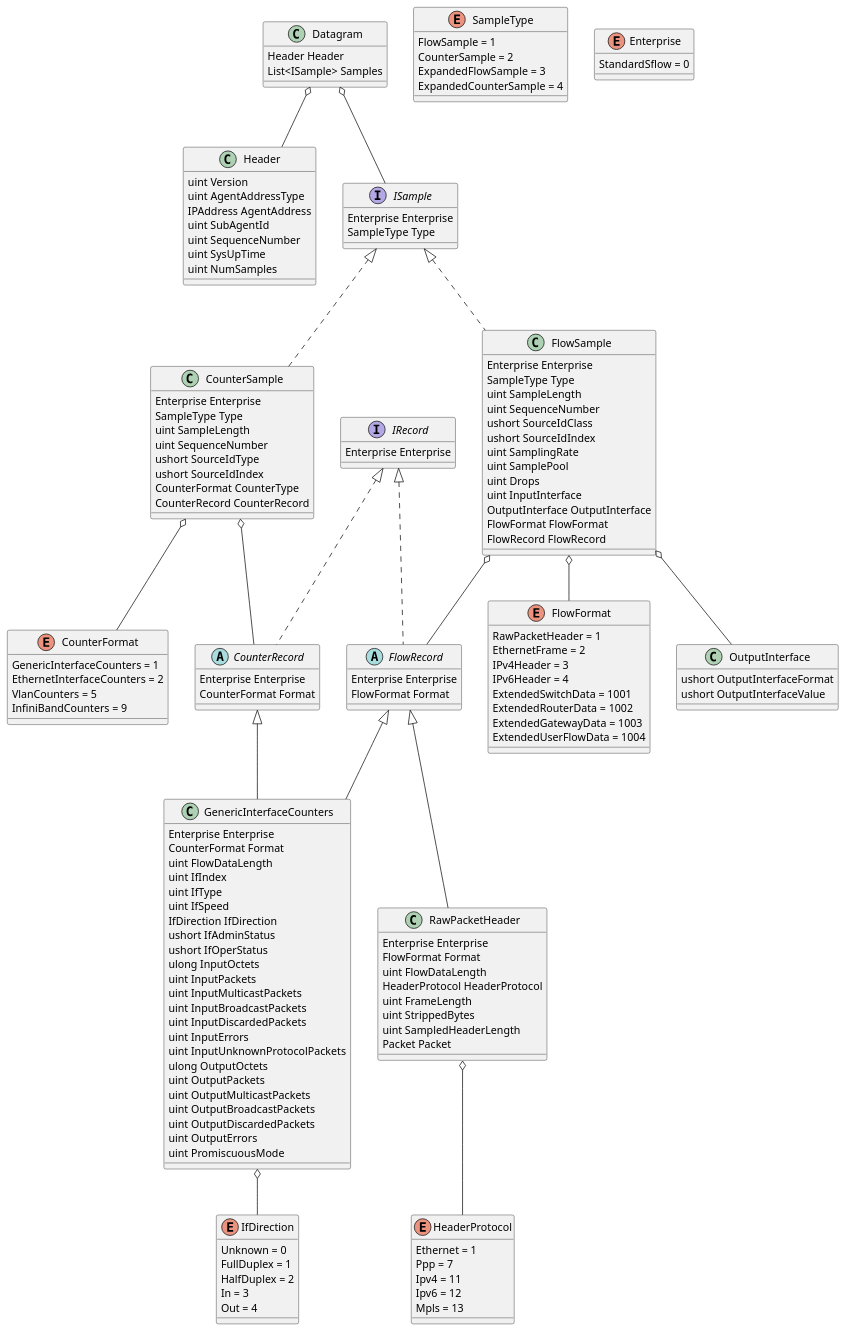
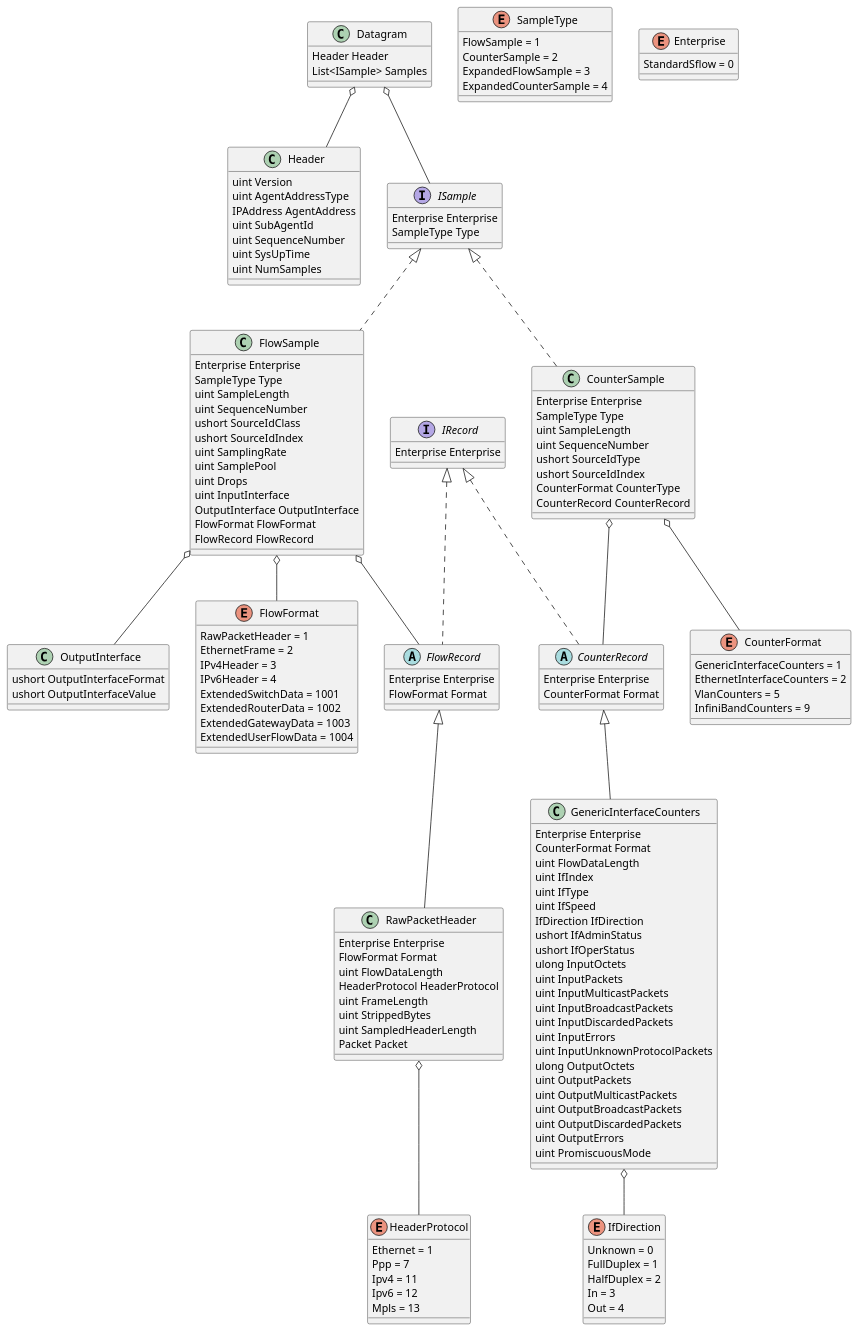
The diagram in Packrat/DotNetFlow/Sflow/sflow.puml (TELBC/Netanol), drawn with PlantUML before and after one commit. The commit also changed 8 other files, not shown here.

```diff
--- a/Packrat/DotNetFlow/Sflow/sflow.puml
+++ b/Packrat/DotNetFlow/Sflow/sflow.puml
@@ -1,174 +1,173 @@
 @startuml
 
 class Datagram {
     Header Header
     List<ISample> Samples
 }
 
 class Header {
     uint Version
     uint AgentAddressType
     IPAddress AgentAddress
     uint SubAgentId
     uint SequenceNumber
     uint SysUpTime
     uint NumSamples
 }
 
 interface IRecord {
     Enterprise Enterprise
 }
 
 interface ISample {
     Enterprise Enterprise
     SampleType Type
 }
 
 class FlowSample {
     Enterprise Enterprise
     SampleType Type
     uint SampleLength
     uint SequenceNumber
     ushort SourceIdClass
     ushort SourceIdIndex
     uint SamplingRate
     uint SamplePool
     uint Drops
     uint InputInterface
     OutputInterface OutputInterface
     FlowFormat FlowFormat
     FlowRecord FlowRecord
 }
 
 class OutputInterface {
     ushort OutputInterfaceFormat
     ushort OutputInterfaceValue
 }
 
 class CounterSample {
     Enterprise Enterprise
     SampleType Type
     uint SampleLength
     uint SequenceNumber
     ushort SourceIdType
     ushort SourceIdIndex
     CounterFormat CounterType
     CounterRecord CounterRecord
 }
 
 enum SampleType {
     FlowSample = 1
     CounterSample = 2
     ExpandedFlowSample = 3
     ExpandedCounterSample = 4
 }
 
 enum Enterprise {
     StandardSflow = 0
 }
 
 enum FlowFormat {
     RawPacketHeader = 1
     EthernetFrame = 2
     IPv4Header = 3
     IPv6Header = 4
     ExtendedSwitchData = 1001
     ExtendedRouterData = 1002
     ExtendedGatewayData = 1003
     ExtendedUserFlowData = 1004
 }
 
 enum CounterFormat {
     GenericInterfaceCounters = 1
     EthernetInterfaceCounters = 2
     VlanCounters = 5
     InfiniBandCounters = 9
 }
 
 abstract class FlowRecord {
     Enterprise Enterprise
     FlowFormat Format
 }
 
 abstract class CounterRecord {
     Enterprise Enterprise
     CounterFormat Format
 }
 
 class GenericInterfaceCounters {
     Enterprise Enterprise
     CounterFormat Format
     uint FlowDataLength
     uint IfIndex
     uint IfType
     uint IfSpeed
     IfDirection IfDirection
     ushort IfAdminStatus
     ushort IfOperStatus
     ulong InputOctets
     uint InputPackets
     uint InputMulticastPackets
     uint InputBroadcastPackets
     uint InputDiscardedPackets
     uint InputErrors
     uint InputUnknownProtocolPackets
     ulong OutputOctets
     uint OutputPackets
     uint OutputMulticastPackets
     uint OutputBroadcastPackets
     uint OutputDiscardedPackets
     uint OutputErrors
     uint PromiscuousMode
 }
 
 enum IfDirection {
     Unknown = 0
     FullDuplex = 1
     HalfDuplex = 2
     In = 3
     Out = 4
 }
 
 class RawPacketHeader {
     Enterprise Enterprise
     FlowFormat Format
     uint FlowDataLength
     HeaderProtocol HeaderProtocol
     uint FrameLength
     uint StrippedBytes
     uint SampledHeaderLength
     Packet Packet
 }
 
 enum HeaderProtocol {
     Ethernet = 1
     Ppp = 7
     Ipv4 = 11
     Ipv6 = 12
     Mpls = 13
 }
 
 Datagram o-- Header
 Datagram o-- ISample
 ISample <|.. FlowSample
 ISample <|.. CounterSample
 
 IRecord <|.. FlowRecord
 IRecord <|.. CounterRecord
 
 FlowSample o-- OutputInterface
 FlowSample o-- FlowFormat
 FlowSample o-- FlowRecord
 
 CounterSample o-- CounterFormat
 CounterSample o-- CounterRecord
 
 GenericInterfaceCounters o-- IfDirection
 RawPacketHeader o-- HeaderProtocol
 
-FlowRecord <|-- GenericInterfaceCounters
 FlowRecord <|-- RawPacketHeader
 
 CounterRecord <|-- GenericInterfaceCounters
 
 @enduml
```
